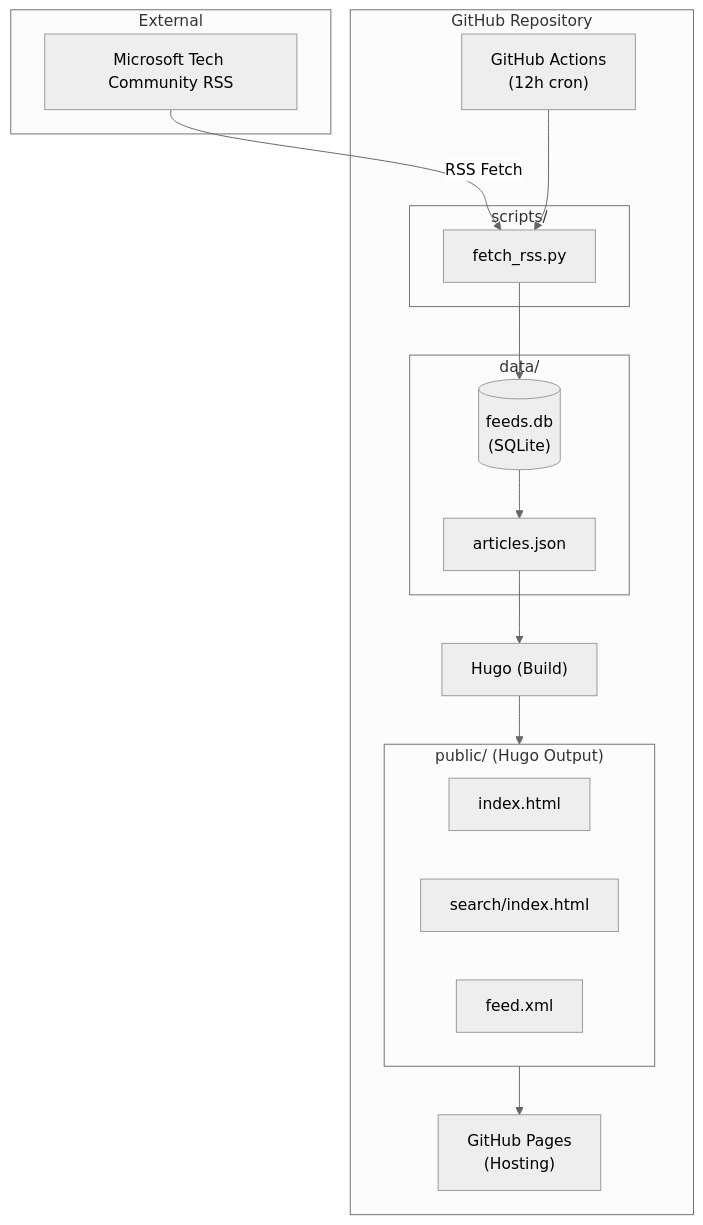
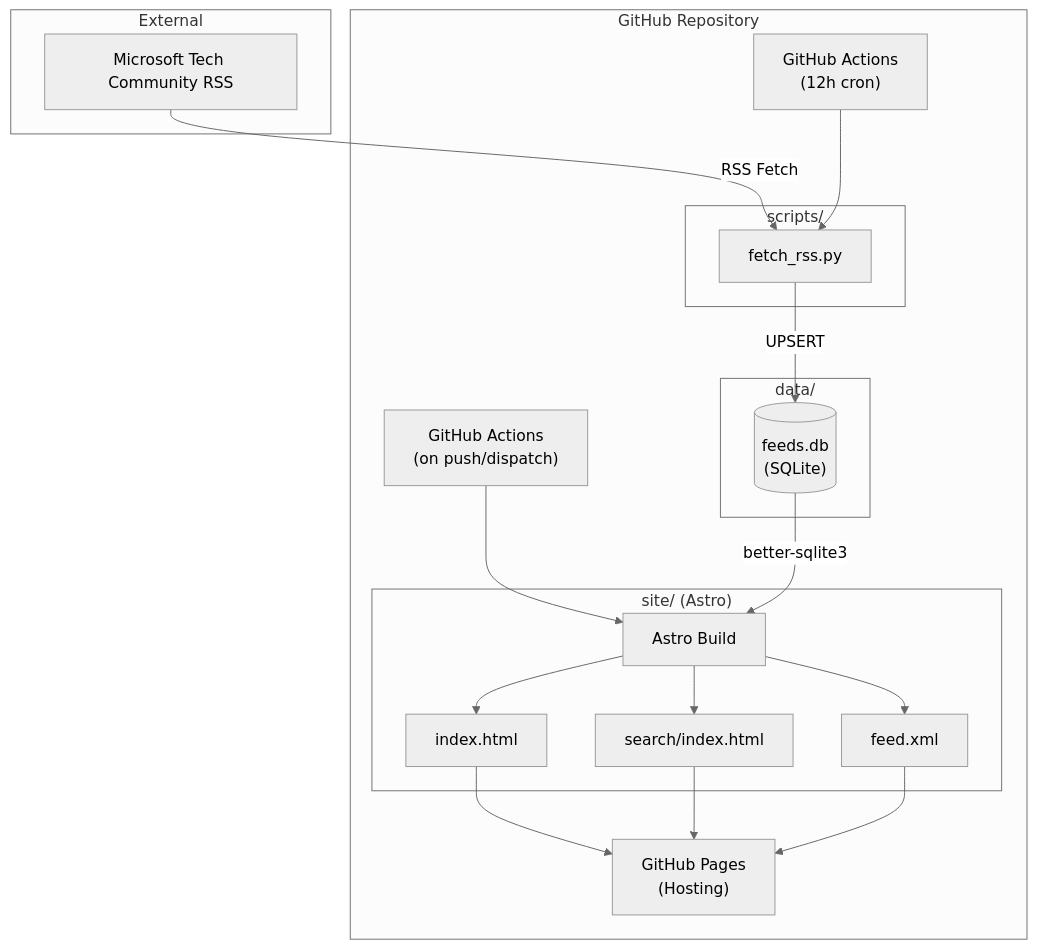
The first of 3 diagrams in docs/spec/architecture.md (openjny/microsoft-blog-reader), drawn with Mermaid (neutral theme) before and after one commit. The commit also changed other lines of this file and 2 other files, not shown here.

Commit message:
docs: update spec for Astro architecture

````diff
--- a/docs/spec/architecture.md
+++ b/docs/spec/architecture.md
@@ -5,35 +5,40 @@
 ```mermaid
 flowchart TB
     subgraph external["External"]
         RSS["Microsoft Tech Community RSS"]
     end
 
     subgraph repo["GitHub Repository"]
         subgraph scripts["scripts/"]
             fetch["fetch_rss.py"]
         end
 
         subgraph data["data/"]
             db[("feeds.db\n(SQLite)")]
-            json["articles.json"]
         end
 
-        subgraph public["public/ (Hugo Output)"]
+        subgraph site["site/ (Astro)"]
+            astro["Astro Build"]
             index["index.html"]
             search["search/index.html"]
             feed["feed.xml"]
         end
 
-        actions["GitHub Actions\n(12h cron)"]
-        hugo["Hugo (Build)"]
+        actions_fetch["GitHub Actions\n(12h cron)"]
+        actions_build["GitHub Actions\n(on push/dispatch)"]
         pages["GitHub Pages\n(Hosting)"]
     end
 
     RSS -->|"RSS Fetch"| fetch
-    actions --> fetch
-    fetch --> db
-    db --> json
-    json --> hugo
-    hugo --> public
-    public --> pages
+    actions_fetch --> fetch
+    fetch -->|"UPSERT"| db
+
+    actions_build --> astro
+    db -->|"better-sqlite3"| astro
+    astro --> index
+    astro --> search
+    astro --> feed
+    index --> pages
+    search --> pages
+    feed --> pages
 ```
````
